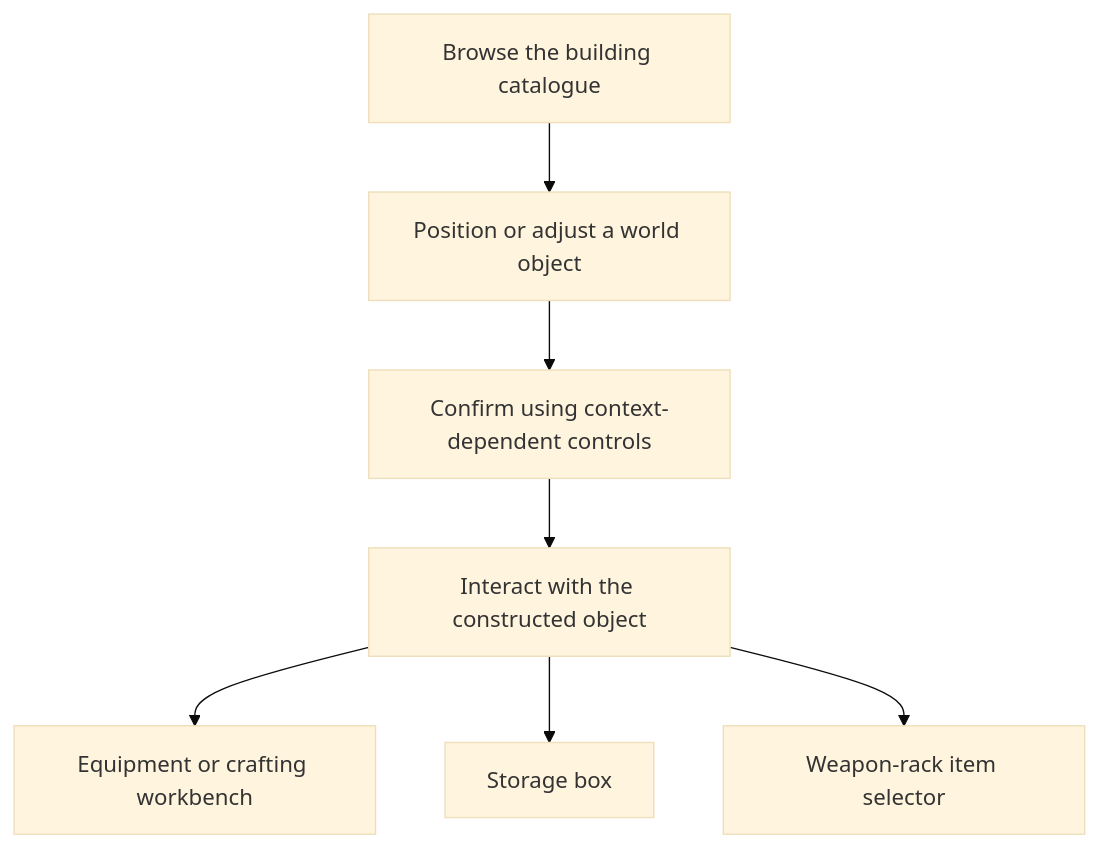
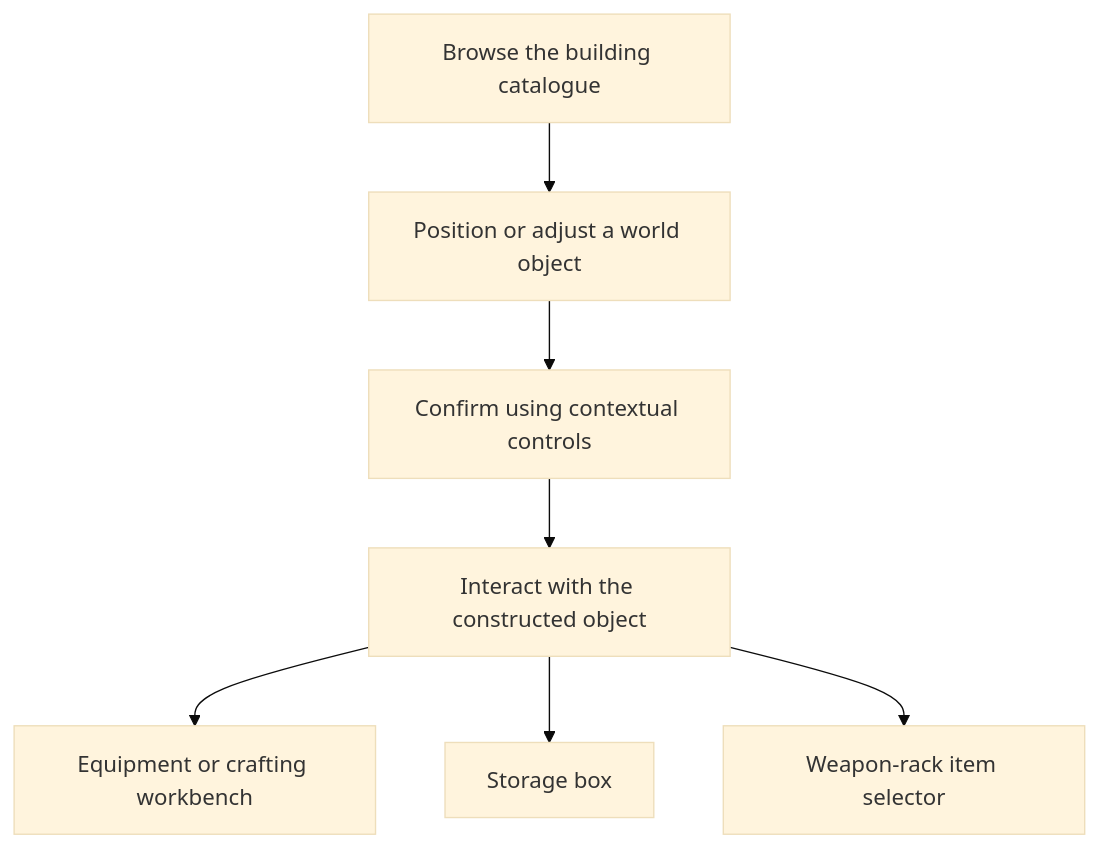
Before and after one commit to seak123/building-ui-portfolio: the diagram in README.md, drawn with Mermaid (base theme). The commit also changed other lines of this file and 14 other files, not shown here.

Commit message:
Focus building case on UI decisions and workbench action flow

````diff
--- a/README.md
+++ b/README.md
@@ -13,9 +29,9 @@
 ```mermaid
 flowchart TB
     A[Browse the building catalogue] --> B[Position or adjust a world object]
-    B --> C[Confirm using context-dependent controls]
+    B --> C[Confirm using contextual controls]
     C --> D[Interact with the constructed object]
     D --> E[Equipment or crafting workbench]
     D --> F[Storage box]
     D --> G[Weapon-rack item selector]
 ```
````
